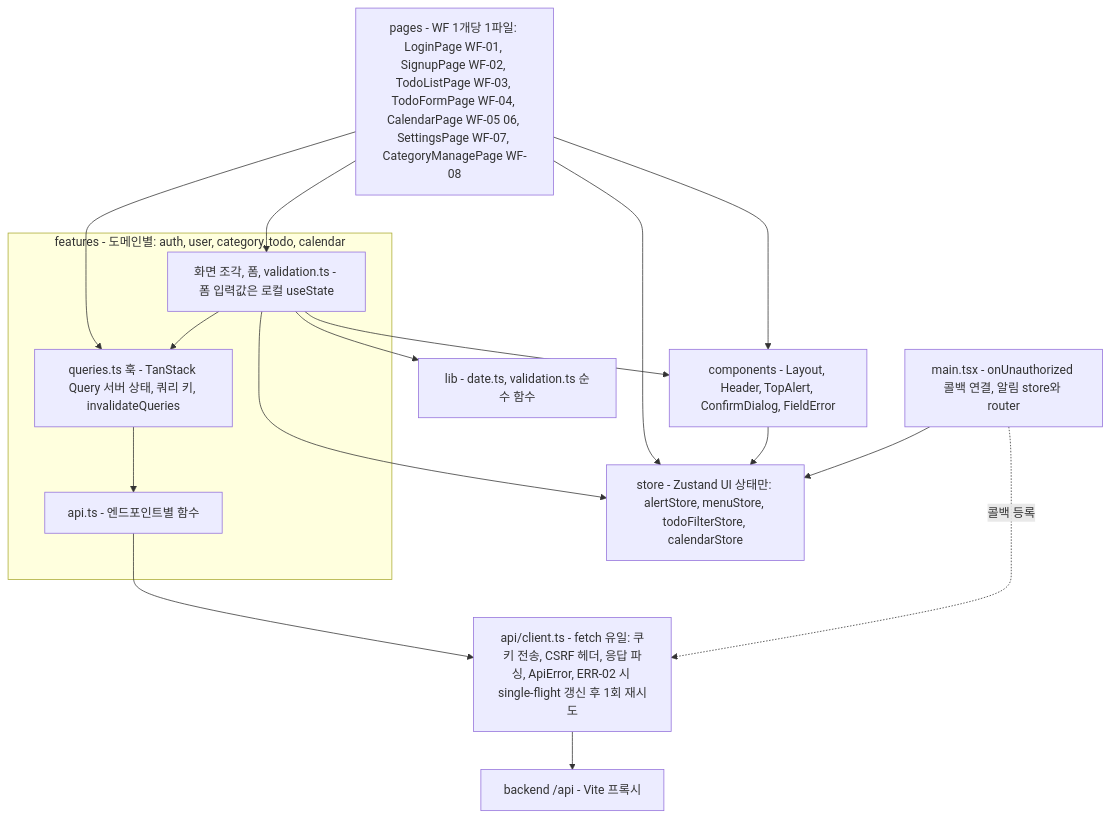
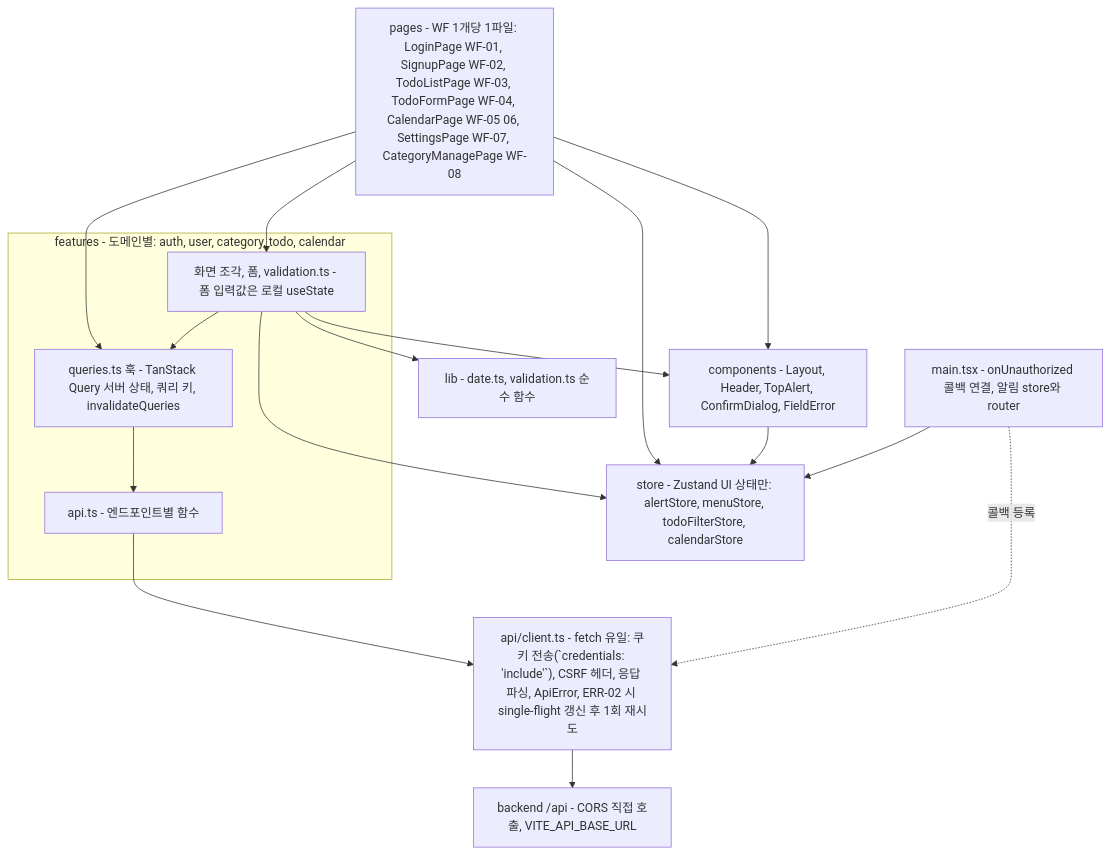
One commit to Palbok-Kim/todolist-app changed the fourth of 13 diagrams in docs/6-arch-diagram.md. Above: the diagram before and after it, drawn with Mermaid. The commit also changed other lines of this file and 22 other files, not shown here.

````diff
--- a/docs/6-arch-diagram.md
+++ b/docs/6-arch-diagram.md
@@ -180,29 +183,29 @@
 ```mermaid
 flowchart TB
     PAGES["pages - WF 1개당 1파일: LoginPage WF-01, SignupPage WF-02, TodoListPage WF-03, TodoFormPage WF-04, CalendarPage WF-05 06, SettingsPage WF-07, CategoryManagePage WF-08"]
     subgraph FEAT["features - 도메인별: auth, user, category, todo, calendar"]
         FC["화면 조각, 폼, validation.ts - 폼 입력값은 로컬 useState"]
         FQ["queries.ts 훅 - TanStack Query 서버 상태, 쿼리 키, invalidateQueries"]
         FA["api.ts - 엔드포인트별 함수"]
     end
     CMP["components - Layout, Header, TopAlert, ConfirmDialog, FieldError"]
     ZS["store - Zustand UI 상태만: alertStore, menuStore, todoFilterStore, calendarStore"]
-    CLI["api/client.ts - fetch 유일: 쿠키 전송, CSRF 헤더, 응답 파싱, ApiError, ERR-02 시 single-flight 갱신 후 1회 재시도"]
+    CLI["api/client.ts - fetch 유일: 쿠키 전송(`credentials: 'include'`), CSRF 헤더, 응답 파싱, ApiError, ERR-02 시 single-flight 갱신 후 1회 재시도"]
     LB["lib - date.ts, validation.ts 순수 함수"]
-    BEX["backend /api - Vite 프록시"]
+    BEX["backend /api - CORS 직접 호출, VITE_API_BASE_URL"]
     PAGES --> FC
     PAGES --> FQ
     PAGES --> CMP
     PAGES --> ZS
     FC --> FQ
     FC --> CMP
     FC --> ZS
     FC --> LB
     FQ --> FA
     FA --> CLI
     CLI --> BEX
     CMP --> ZS
     MAIN["main.tsx - onUnauthorized 콜백 연결, 알림 store와 router"]
     MAIN -. "콜백 등록" .-> CLI
     MAIN --> ZS
 ```
````
